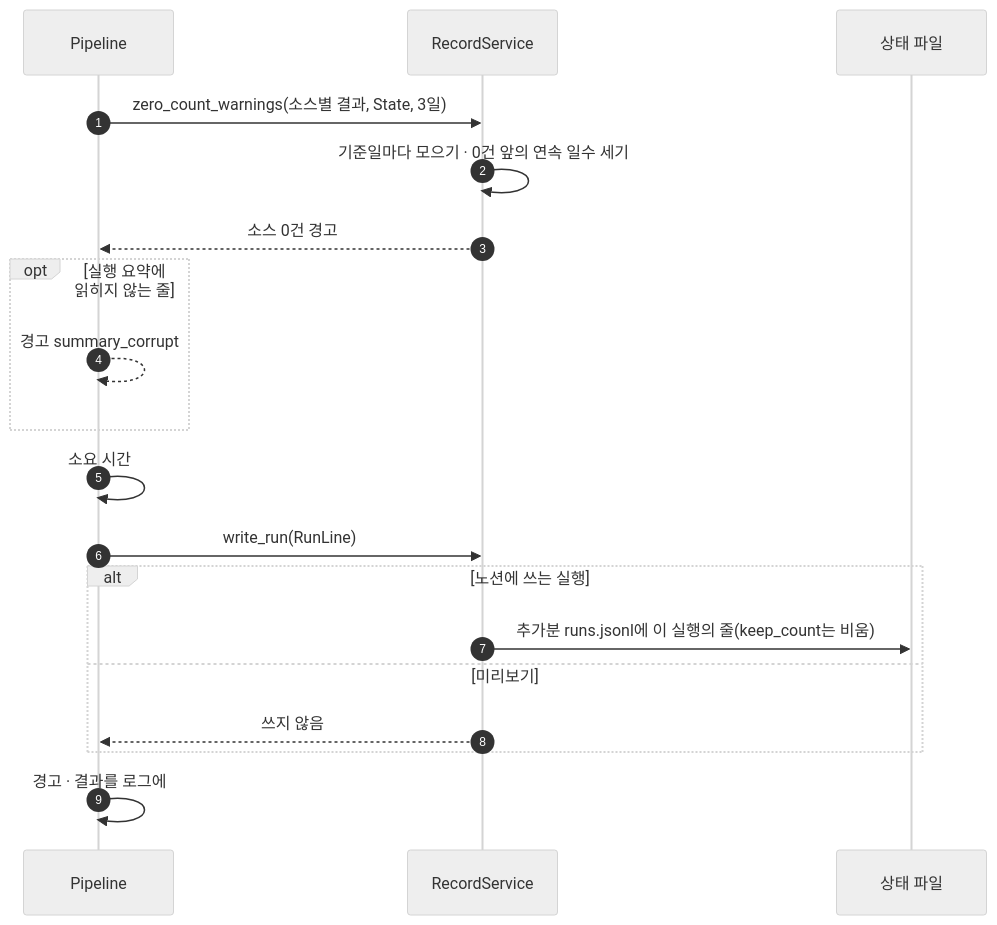
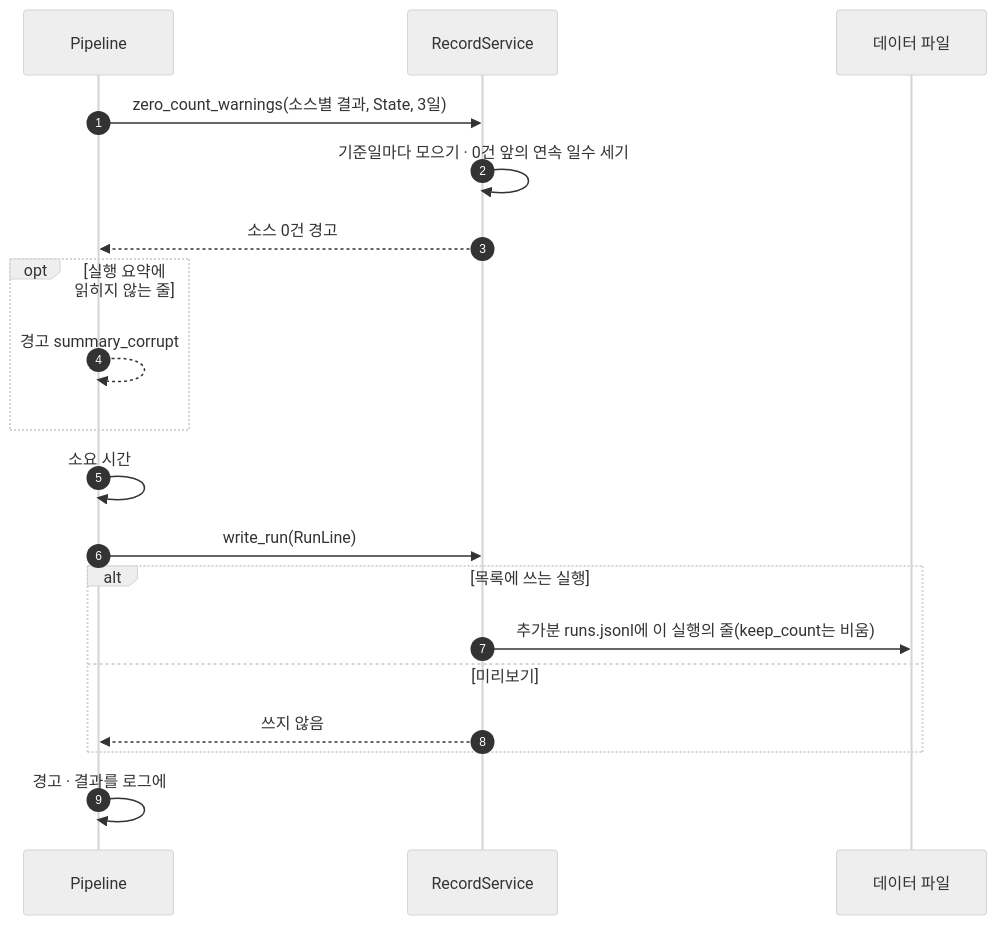
One commit to HoyoungParkme/competition-crawler changed the sixth of 12 diagrams in docs/specs/09-SEQ/CCR-SEQ-001.md. Above: the diagram before and after it, drawn with Mermaid (neutral theme). The commit also changed other lines of this file, not shown here.

````diff
--- a/docs/specs/09-SEQ/CCR-SEQ-001.md
+++ b/docs/specs/09-SEQ/CCR-SEQ-001.md
@@ -282,21 +273,21 @@
 ```mermaid
 sequenceDiagram
     autonumber
     participant P as Pipeline
     participant RS as RecordService
-    participant FS as 상태 파일
+    participant FS as 데이터 파일
     P->>RS: zero_count_warnings(소스별 결과, State, 3일)
     RS->>RS: 기준일마다 모으기 · 0건 앞의 연속 일수 세기
     RS-->>P: 소스 0건 경고
     opt 실행 요약에 읽히지 않는 줄
         P-->>P: 경고 summary_corrupt
     end
     P->>P: 소요 시간
     P->>RS: write_run(RunLine)
-    alt 노션에 쓰는 실행
+    alt 목록에 쓰는 실행
         RS->>FS: 추가분 runs.jsonl에 이 실행의 줄(keep_count는 비움)
     else 미리보기
         RS-->>P: 쓰지 않음
     end
     P->>P: 경고 · 결과를 로그에
 ```
````
